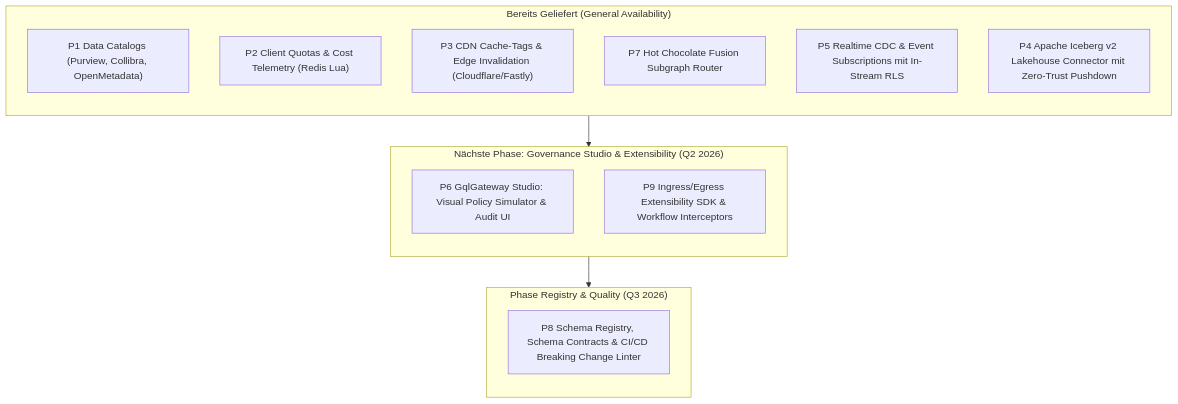
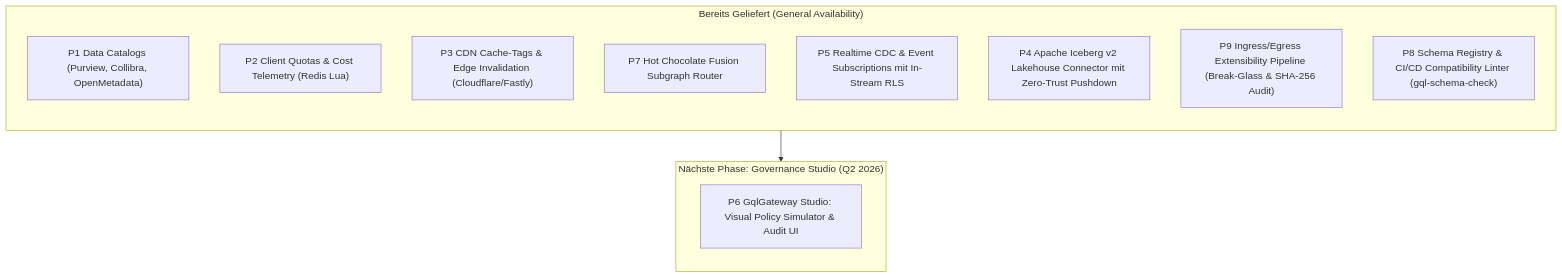
The third of 3 diagrams in marktanalyse.md (themulle/gql), drawn with Mermaid before and after one commit. The commit also changed other lines of this file and 42 other files, not shown here.

First line of the commit message:
feat: integrate MemoryPack, Garnet, Ingress/Egress Extensibility and P8 Schema Registry

````diff
--- a/marktanalyse.md
+++ b/marktanalyse.md
@@ -161,26 +253,21 @@
 ```mermaid
 flowchart TD
     subgraph Delivered["Bereits Geliefert (General Availability)"]
         direction TB
         D1["P1 Data Catalogs (Purview, Collibra, OpenMetadata)"]
         D2["P2 Client Quotas & Cost Telemetry (Redis Lua)"]
         D3["P3 CDN Cache-Tags & Edge Invalidation (Cloudflare/Fastly)"]
         D4["P7 Hot Chocolate Fusion Subgraph Router"]
         D5["P5 Realtime CDC & Event Subscriptions mit In-Stream RLS"]
         D6["P4 Apache Iceberg v2 Lakehouse Connector mit Zero-Trust Pushdown"]
+        D7["P9 Ingress/Egress Extensibility Pipeline (Break-Glass & SHA-256 Audit)"]
+        D8["P8 Schema Registry & CI/CD Compatibility Linter (gql-schema-check)"]
     end
 
-    subgraph PhaseNext["Nächste Phase: Governance Studio & Extensibility (Q2 2026)"]
+    subgraph PhaseNext["Nächste Phase: Governance Studio (Q2 2026)"]
         direction TB
         E1["P6 GqlGateway Studio: Visual Policy Simulator & Audit UI"]
-        E2["P9 Ingress/Egress Extensibility SDK & Workflow Interceptors"]
-    end
-
-    subgraph PhaseRegistry["Phase Registry & Quality (Q3 2026)"]
-        direction TB
-        F1["P8 Schema Registry, Schema Contracts & CI/CD Breaking Change Linter"]
     end
 
     Delivered --> PhaseNext
-    PhaseNext --> PhaseRegistry
 ```
````
